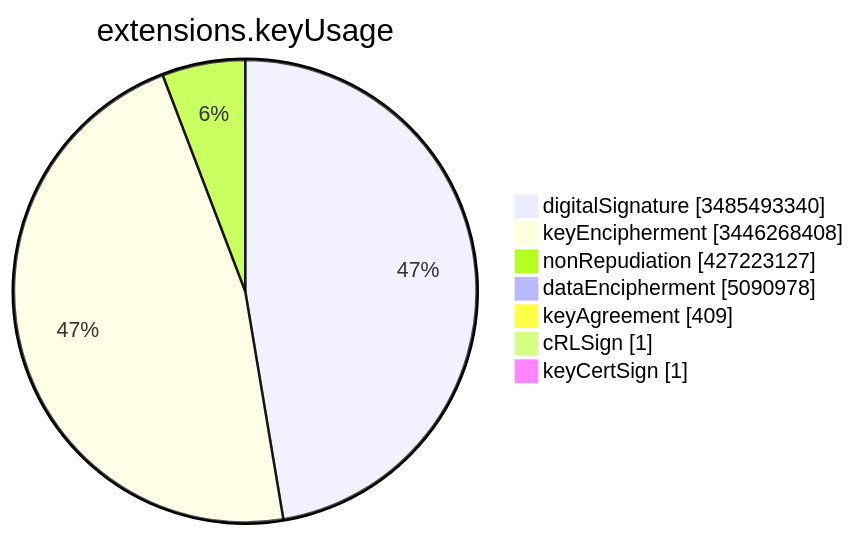
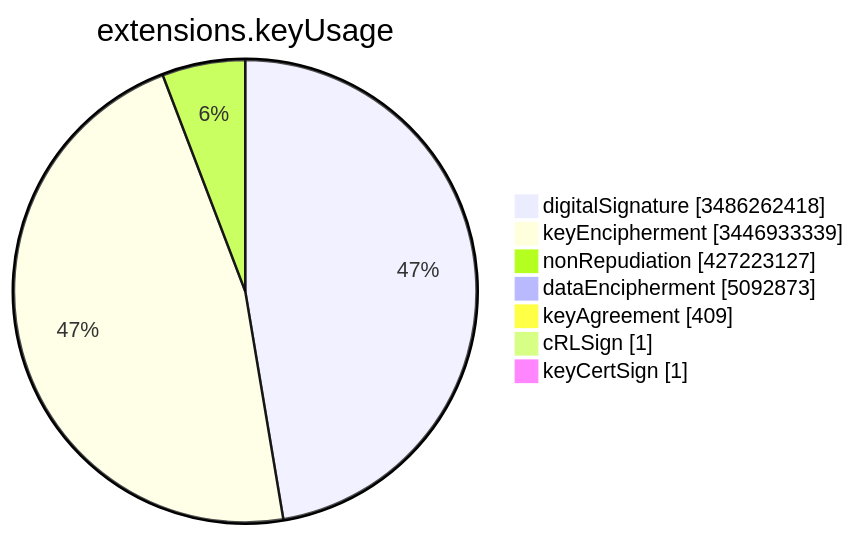
The sixth of 15 diagrams in TOTAL/README.md (christiankrug/ctmonitor_visualization), drawn with Mermaid before and after one commit. The commit also changed other lines of this file, not shown here.

````diff
--- a/TOTAL/README.md
+++ b/TOTAL/README.md
@@ -3083,11 +3083,11 @@
 ```mermaid
 pie showData
 title extensions.keyUsage
-"digitalSignature" :3485493340
-"keyEncipherment" :3446268408
+"digitalSignature" :3486262418
+"keyEncipherment" :3446933339
 "nonRepudiation" :427223127
-"dataEncipherment" :5090978
+"dataEncipherment" :5092873
 "keyAgreement" :409
 "cRLSign" :1
 "keyCertSign" :1
 ```
````
